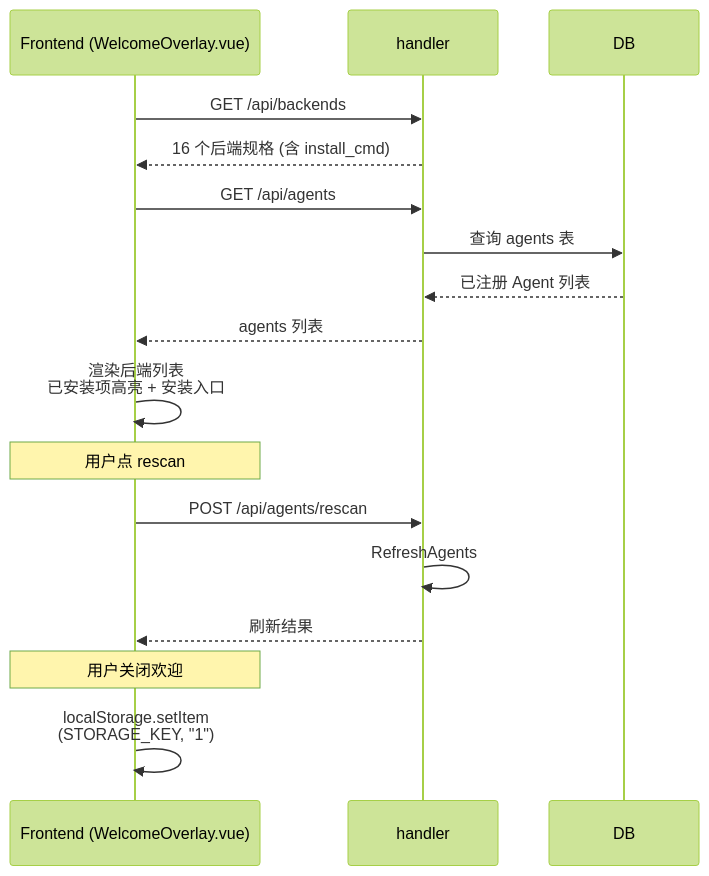
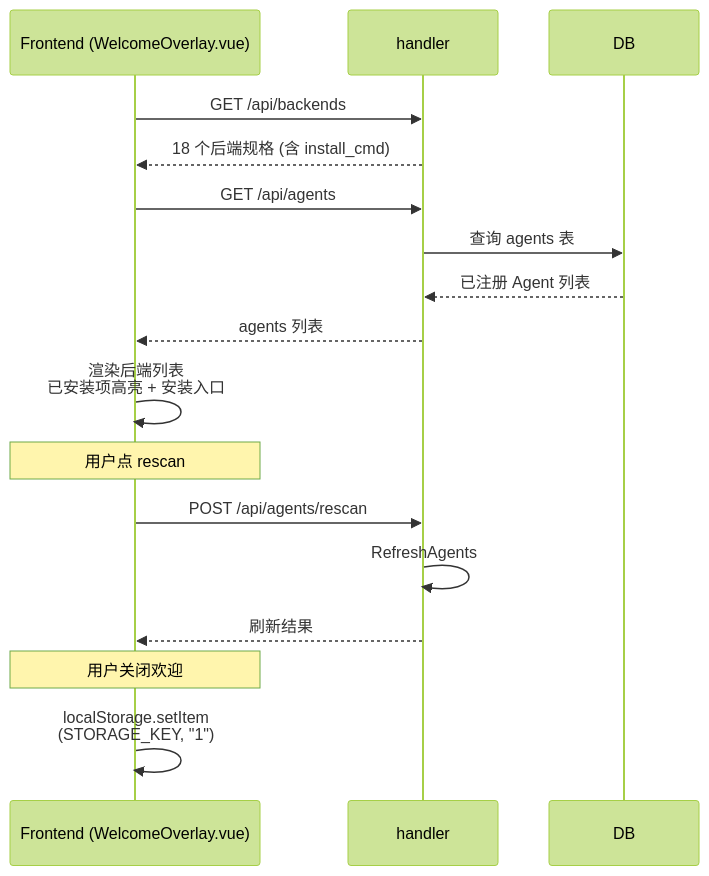
One commit to clawbench-dev/clawbench changed the first of 2 diagrams in docs/spec/features/setup-wizard.md. Above: the diagram before and after it, drawn with Mermaid (forest theme). The commit also changed other lines of this file and 3 other files, not shown here.

````diff
--- a/docs/spec/features/setup-wizard.md
+++ b/docs/spec/features/setup-wizard.md
@@ -17,20 +17,20 @@
 ```mermaid
 sequenceDiagram
     participant F as Frontend (WelcomeOverlay.vue)
     participant H as handler
     participant DB
 
     F->>H: GET /api/backends
-    H-->>F: 16 个后端规格 (含 install_cmd)
+    H-->>F: 18 个后端规格 (含 install_cmd)
     F->>H: GET /api/agents
     H->>DB: 查询 agents 表
     DB-->>H: 已注册 Agent 列表
     H-->>F: agents 列表
     F->>F: 渲染后端列表<br/>已安装项高亮 + 安装入口
     Note over F: 用户点 rescan
     F->>H: POST /api/agents/rescan
     H->>H: RefreshAgents
     H-->>F: 刷新结果
     Note over F: 用户关闭欢迎
     F->>F: localStorage.setItem<br/>(STORAGE_KEY, "1")
 ```
````
